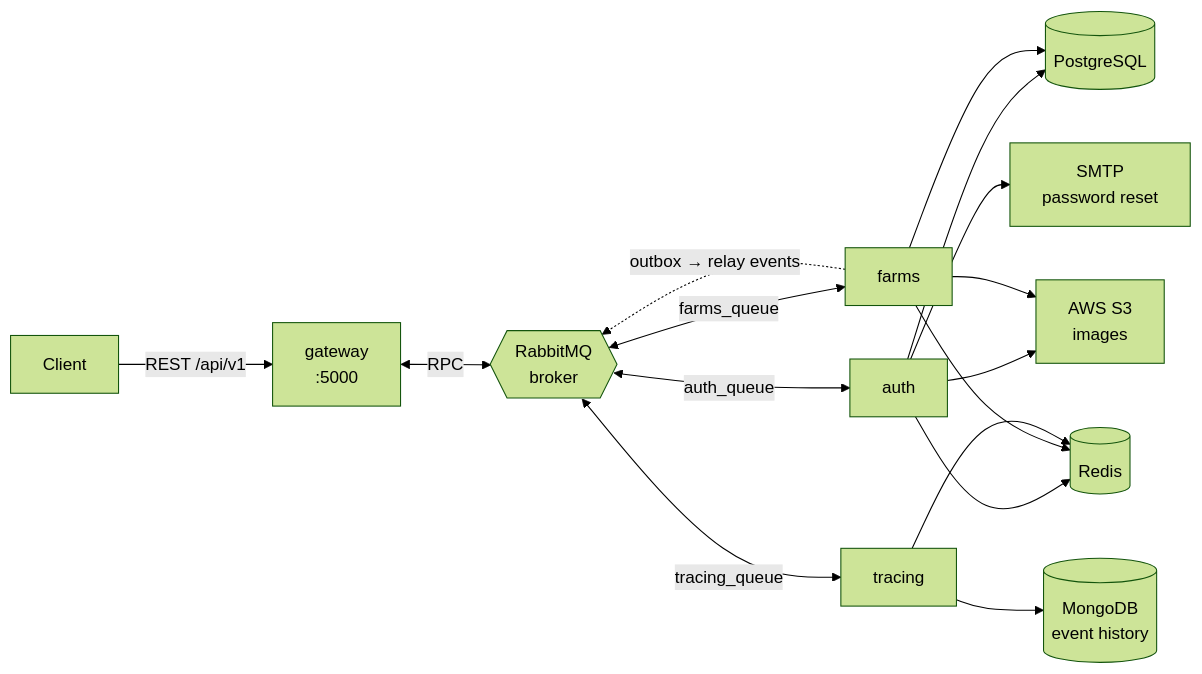
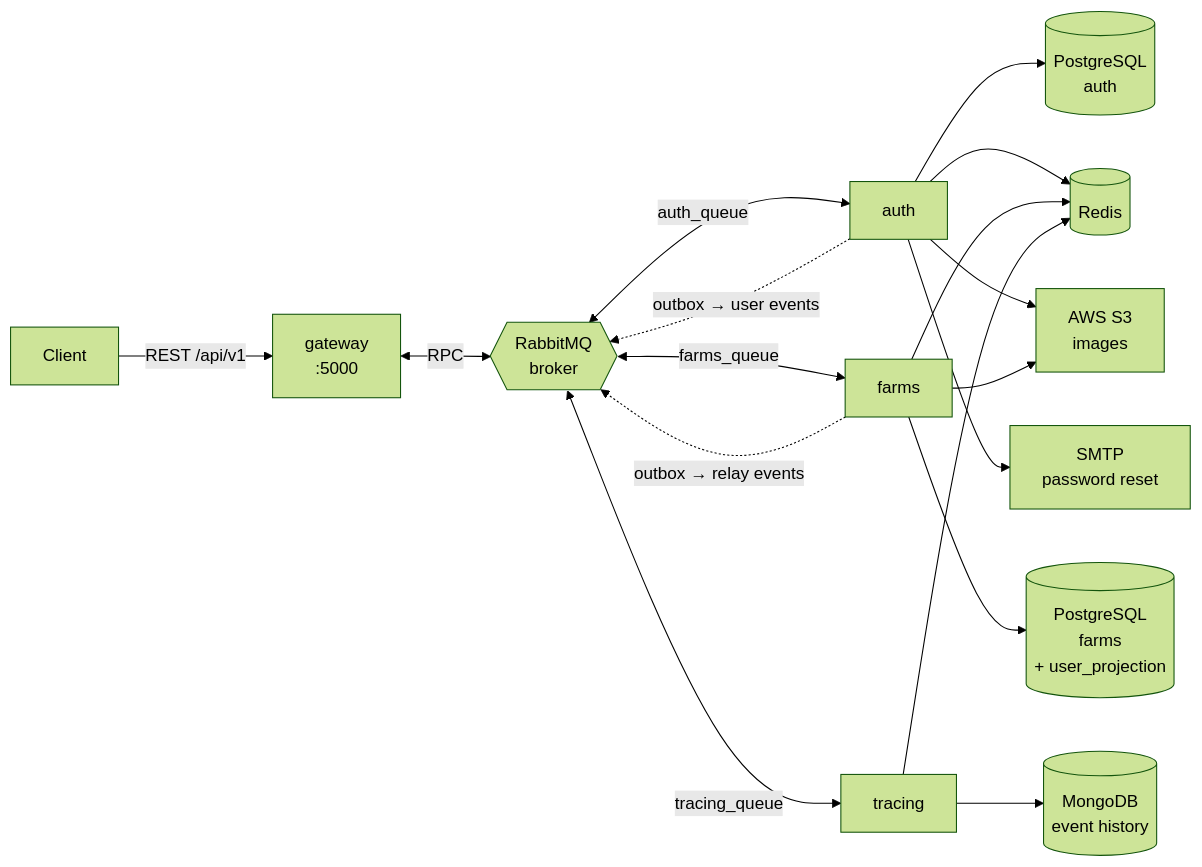
The diagram in README.md (RookieCol/harvestledger), drawn with Mermaid (forest theme) before and after one commit. The commit also changed other lines of this file and 3 other files, not shown here.

````diff
--- a/README.md
+++ b/README.md
@@ -28,22 +28,23 @@
 ```mermaid
 flowchart LR
     C[Client] -->|REST /api/v1| GW[gateway<br/>:5000]
 
     GW <-->|RPC| MQ{{RabbitMQ<br/>broker}}
     MQ <-->|auth_queue| AU[auth]
     MQ <-->|farms_queue| FA[farms]
     MQ <-->|tracing_queue| TR[tracing]
     FA -.->|outbox → relay events| MQ
+    AU -.->|outbox → user events| MQ
 
-    AU --> PG[(PostgreSQL)]
-    FA --> PG
+    AU --> PGA[(PostgreSQL<br/>auth)]
+    FA --> PGF[(PostgreSQL<br/>farms<br/>+ user_projection)]
     TR --> MONGO[(MongoDB<br/>event history)]
 
     AU --> RD[(Redis)]
     FA --> RD
     TR --> RD
 
     AU --> S3[AWS S3<br/>images]
     FA --> S3
     AU --> MAIL[SMTP<br/>password reset]
 ```
````
